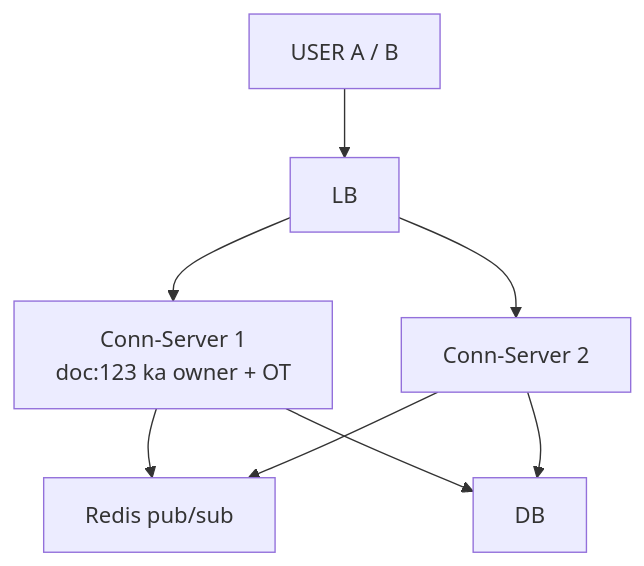
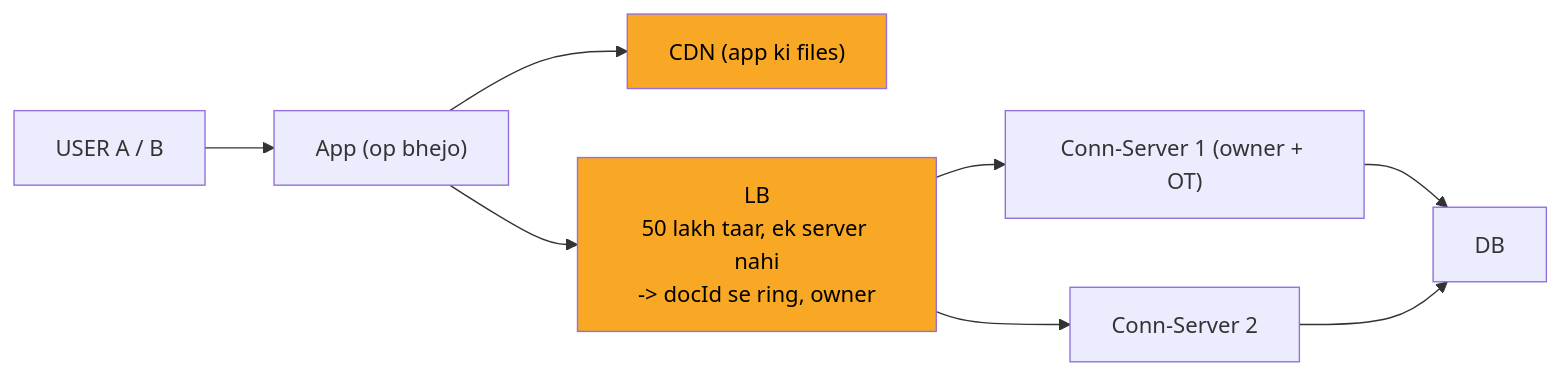
The fifth of 10 diagrams in 04_HLD/SYSTEM_DESIGNS/11_google_docs_collab/11_google_docs_collab.md (ArpanMaheshwari144/Prep), drawn with Mermaid before and after one commit. The commit also changed other lines of this file and 2 other files, not shown here.

Commit message:
docs, kafka, banking: one-day story, short cards, follow-ups with rules, highlighted diagrams

````diff
--- a/04_HLD/SYSTEM_DESIGNS/11_google_docs_collab/11_google_docs_collab.md
+++ b/04_HLD/SYSTEM_DESIGNS/11_google_docs_collab/11_google_docs_collab.md
@@ -161,16 +157,19 @@
 ```mermaid
-flowchart TD
-    n_USER_A_B["USER A / B"]
-    n_LB["LB"]
-    n_Conn_Server_x_N_1["Conn-Server 1<br/>doc:123 ka owner + OT"]
-    n_Conn_Server_x_N_2["Conn-Server 2"]
-    n_Redis_pub_sub["Redis pub/sub"]
+flowchart LR
+    n_USER["USER A / B"]
+    n_App["App (op bhejo)"]
+    n_CDN["CDN (app ki files)"]
+    n_LB["LB<br/>50 lakh taar, ek server nahi<br/>-> docId se ring, owner"]
+    n_CS1["Conn-Server 1 (owner + OT)"]
+    n_CS2["Conn-Server 2"]
     n_DB["DB"]
-    n_USER_A_B --> n_LB
-    n_LB --> n_Conn_Server_x_N_1
-    n_LB --> n_Conn_Server_x_N_2
-    n_Conn_Server_x_N_1 --> n_Redis_pub_sub
-    n_Conn_Server_x_N_2 --> n_Redis_pub_sub
-    n_Conn_Server_x_N_1 --> n_DB
-    n_Conn_Server_x_N_2 --> n_DB
+    n_USER --> n_App
+    n_App --> n_CDN
+    n_App --> n_LB
+    n_LB --> n_CS1
+    n_LB --> n_CS2
+    n_CS1 --> n_DB
+    n_CS2 --> n_DB
+    style n_LB fill:#f9a825,color:#000
+    style n_CDN fill:#f9a825,color:#000
 ```
````
